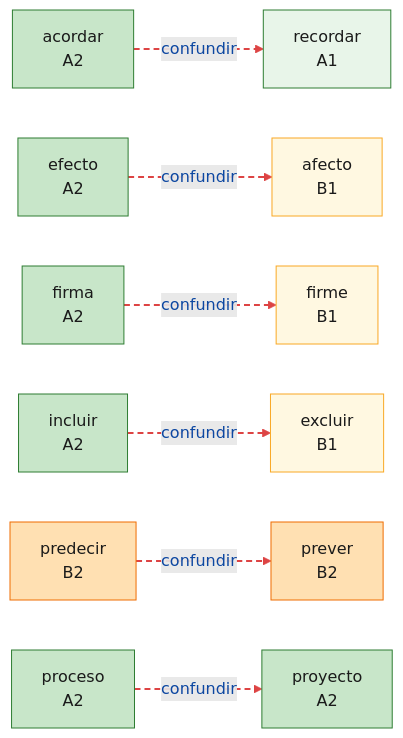
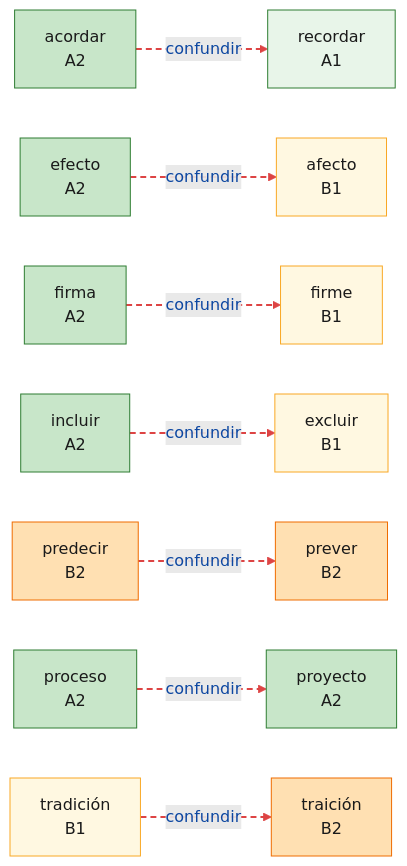
The fifth of 6 diagrams in mindmaps/associate_graph.md (auding1900/es-raiz-vocab), drawn with Mermaid before and after one commit. The commit also changed other lines of this file and 3 other files, not shown here.

First line of the commit message:
fix(scripts): 联想图分桶后仍超限时按关系条数切片

````diff
--- a/mindmaps/associate_graph.md
+++ b/mindmaps/associate_graph.md
@@ -227,47 +271,53 @@
 ```mermaid
 graph LR
   W_acordar["acordar<br/>A2"]:::lvlA2
   W_afecto["afecto<br/>B1"]:::lvlB1
   W_efecto["efecto<br/>A2"]:::lvlA2
   W_excluir["excluir<br/>B1"]:::lvlB1
   W_firma["firma<br/>A2"]:::lvlA2
   W_firme["firme<br/>B1"]:::lvlB1
   W_incluir["incluir<br/>A2"]:::lvlA2
   W_predecir["predecir<br/>B2"]:::lvlB2
   W_prever["prever<br/>B2"]:::lvlB2
   W_proceso["proceso<br/>A2"]:::lvlA2
   W_proyecto["proyecto<br/>A2"]:::lvlA2
   W_recordar["recordar<br/>A1"]:::lvlA1
+  W_tradicion["tradición<br/>B1"]:::lvlB1
+  W_traicion["traición<br/>B2"]:::lvlB2
   W_efecto -.->|confundir| W_afecto
   W_predecir -.->|confundir| W_prever
   W_incluir -.->|confundir| W_excluir
   W_acordar -.->|confundir| W_recordar
   W_proceso -.->|confundir| W_proyecto
   W_firma -.->|confundir| W_firme
+  W_tradicion -.->|confundir| W_traicion
   linkStyle 0 stroke:#dd4444,stroke-width:2px,stroke-dasharray:6 4
   linkStyle 1 stroke:#dd4444,stroke-width:2px,stroke-dasharray:6 4
   linkStyle 2 stroke:#dd4444,stroke-width:2px,stroke-dasharray:6 4
   linkStyle 3 stroke:#dd4444,stroke-width:2px,stroke-dasharray:6 4
   linkStyle 4 stroke:#dd4444,stroke-width:2px,stroke-dasharray:6 4
   linkStyle 5 stroke:#dd4444,stroke-width:2px,stroke-dasharray:6 4
+  linkStyle 6 stroke:#dd4444,stroke-width:2px,stroke-dasharray:6 4
   classDef root fill:#bbdefb,stroke:#1565c0,stroke-width:2px,color:#0d47a1
   classDef lvlA1 fill:#e8f5e9,stroke:#2e7d32,color:#1a1a1a
   classDef lvlA2 fill:#c8e6c9,stroke:#2e7d32,color:#1a1a1a
   classDef lvlB1 fill:#fff8e1,stroke:#f9a825,color:#1a1a1a
   classDef lvlB2 fill:#ffe0b2,stroke:#ef6c00,color:#1a1a1a
   classDef lvlC1 fill:#ffccbc,stroke:#d84315,color:#1a1a1a
   classDef lvlC2 fill:#ffcdd2,stroke:#b71c1c,color:#1a1a1a
   classDef lvlNA fill:#f5f5f5,stroke:#9e9e9e,color:#424242
   click W_acordar "https://www.doubao.com/chat?q=%E8%A5%BF%E7%8F%AD%E7%89%99%E8%AF%ADacordar%EF%BC%8C%E8%AF%8D%E6%A0%B9cor%EF%BC%8C%E8%A7%A3%E9%87%8A%E8%AF%8D%E4%B9%89%E3%80%81DELE%E7%AD%89%E7%BA%A7%E3%80%81%E8%AF%AD%E4%BD%93%E3%80%81%E5%B8%B8%E7%94%A8%E6%90%AD%E9%85%8D%E3%80%81%E8%BF%91%E4%B9%89%E8%AF%8D%E8%BE%A8%E6%9E%90%EF%BC%8C%E5%B9%B6%E4%B8%94%E7%BB%992%E6%9D%A1%E6%9D%A5%E8%87%AA%E5%85%AC%E7%89%88%E8%A5%BF%E8%AF%AD%E6%96%87%E6%9C%AC%EF%BC%88Wikisource%2F%E5%8F%A4%E7%99%BB%E5%A0%A1%EF%BC%89%E7%9A%84%E8%87%AA%E7%84%B6%E4%BE%8B%E5%8F%A5%EF%BC%8C%E4%BE%8B%E5%8F%A5%E4%BC%98%E5%85%88%E9%80%89%E7%94%A8%E7%8E%B0%E4%BB%A3%E6%A0%87%E5%87%86%E8%A5%BF%E7%8F%AD%E7%89%99%E8%AF%AD%EF%BC%8C%E5%8F%A4%E4%BD%93%E4%BE%8B%E5%8F%A5%E6%A0%87%E6%B3%A8%E3%80%90arca%C3%ADsmo%E3%80%91" "豆包查询：acordar" _blank
   click W_afecto "https://www.doubao.com/chat?q=%E8%A5%BF%E7%8F%AD%E7%89%99%E8%AF%ADafecto%EF%BC%8C%E8%AF%8D%E6%A0%B9fac%EF%BC%8C%E8%A7%A3%E9%87%8A%E8%AF%8D%E4%B9%89%E3%80%81DELE%E7%AD%89%E7%BA%A7%E3%80%81%E8%AF%AD%E4%BD%93%E3%80%81%E5%B8%B8%E7%94%A8%E6%90%AD%E9%85%8D%E3%80%81%E8%BF%91%E4%B9%89%E8%AF%8D%E8%BE%A8%E6%9E%90%EF%BC%8C%E5%B9%B6%E4%B8%94%E7%BB%992%E6%9D%A1%E6%9D%A5%E8%87%AA%E5%85%AC%E7%89%88%E8%A5%BF%E8%AF%AD%E6%96%87%E6%9C%AC%EF%BC%88Wikisource%2F%E5%8F%A4%E7%99%BB%E5%A0%A1%EF%BC%89%E7%9A%84%E8%87%AA%E7%84%B6%E4%BE%8B%E5%8F%A5%EF%BC%8C%E4%BE%8B%E5%8F%A5%E4%BC%98%E5%85%88%E9%80%89%E7%94%A8%E7%8E%B0%E4%BB%A3%E6%A0%87%E5%87%86%E8%A5%BF%E7%8F%AD%E7%89%99%E8%AF%AD%EF%BC%8C%E5%8F%A4%E4%BD%93%E4%BE%8B%E5%8F%A5%E6%A0%87%E6%B3%A8%E3%80%90arca%C3%ADsmo%E3%80%91" "豆包查询：afecto" _blank
   click W_efecto "https://www.doubao.com/chat?q=%E8%A5%BF%E7%8F%AD%E7%89%99%E8%AF%ADefecto%EF%BC%8C%E8%AF%8D%E6%A0%B9fac%EF%BC%8C%E8%A7%A3%E9%87%8A%E8%AF%8D%E4%B9%89%E3%80%81DELE%E7%AD%89%E7%BA%A7%E3%80%81%E8%AF%AD%E4%BD%93%E3%80%81%E5%B8%B8%E7%94%A8%E6%90%AD%E9%85%8D%E3%80%81%E8%BF%91%E4%B9%89%E8%AF%8D%E8%BE%A8%E6%9E%90%EF%BC%8C%E5%B9%B6%E4%B8%94%E7%BB%992%E6%9D%A1%E6%9D%A5%E8%87%AA%E5%85%AC%E7%89%88%E8%A5%BF%E8%AF%AD%E6%96%87%E6%9C%AC%EF%BC%88Wikisource%2F%E5%8F%A4%E7%99%BB%E5%A0%A1%EF%BC%89%E7%9A%84%E8%87%AA%E7%84%B6%E4%BE%8B%E5%8F%A5%EF%BC%8C%E4%BE%8B%E5%8F%A5%E4%BC%98%E5%85%88%E9%80%89%E7%94%A8%E7%8E%B0%E4%BB%A3%E6%A0%87%E5%87%86%E8%A5%BF%E7%8F%AD%E7%89%99%E8%AF%AD%EF%BC%8C%E5%8F%A4%E4%BD%93%E4%BE%8B%E5%8F%A5%E6%A0%87%E6%B3%A8%E3%80%90arca%C3%ADsmo%E3%80%91" "豆包查询：efecto" _blank
   click W_excluir "https://www.doubao.com/chat?q=%E8%A5%BF%E7%8F%AD%E7%89%99%E8%AF%ADexcluir%EF%BC%8C%E8%AF%8D%E6%A0%B9clus%EF%BC%8C%E8%A7%A3%E9%87%8A%E8%AF%8D%E4%B9%89%E3%80%81DELE%E7%AD%89%E7%BA%A7%E3%80%81%E8%AF%AD%E4%BD%93%E3%80%81%E5%B8%B8%E7%94%A8%E6%90%AD%E9%85%8D%E3%80%81%E8%BF%91%E4%B9%89%E8%AF%8D%E8%BE%A8%E6%9E%90%EF%BC%8C%E5%B9%B6%E4%B8%94%E7%BB%992%E6%9D%A1%E6%9D%A5%E8%87%AA%E5%85%AC%E7%89%88%E8%A5%BF%E8%AF%AD%E6%96%87%E6%9C%AC%EF%BC%88Wikisource%2F%E5%8F%A4%E7%99%BB%E5%A0%A1%EF%BC%89%E7%9A%84%E8%87%AA%E7%84%B6%E4%BE%8B%E5%8F%A5%EF%BC%8C%E4%BE%8B%E5%8F%A5%E4%BC%98%E5%85%88%E9%80%89%E7%94%A8%E7%8E%B0%E4%BB%A3%E6%A0%87%E5%87%86%E8%A5%BF%E7%8F%AD%E7%89%99%E8%AF%AD%EF%BC%8C%E5%8F%A4%E4%BD%93%E4%BE%8B%E5%8F%A5%E6%A0%87%E6%B3%A8%E3%80%90arca%C3%ADsmo%E3%80%91" "豆包查询：excluir" _blank
   click W_firma "https://www.doubao.com/chat?q=%E8%A5%BF%E7%8F%AD%E7%89%99%E8%AF%ADfirma%EF%BC%8C%E8%AF%8D%E6%A0%B9firm%EF%BC%8C%E8%A7%A3%E9%87%8A%E8%AF%8D%E4%B9%89%E3%80%81DELE%E7%AD%89%E7%BA%A7%E3%80%81%E8%AF%AD%E4%BD%93%E3%80%81%E5%B8%B8%E7%94%A8%E6%90%AD%E9%85%8D%E3%80%81%E8%BF%91%E4%B9%89%E8%AF%8D%E8%BE%A8%E6%9E%90%EF%BC%8C%E5%B9%B6%E4%B8%94%E7%BB%992%E6%9D%A1%E6%9D%A5%E8%87%AA%E5%85%AC%E7%89%88%E8%A5%BF%E8%AF%AD%E6%96%87%E6%9C%AC%EF%BC%88Wikisource%2F%E5%8F%A4%E7%99%BB%E5%A0%A1%EF%BC%89%E7%9A%84%E8%87%AA%E7%84%B6%E4%BE%8B%E5%8F%A5%EF%BC%8C%E4%BE%8B%E5%8F%A5%E4%BC%98%E5%85%88%E9%80%89%E7%94%A8%E7%8E%B0%E4%BB%A3%E6%A0%87%E5%87%86%E8%A5%BF%E7%8F%AD%E7%89%99%E8%AF%AD%EF%BC%8C%E5%8F%A4%E4%BD%93%E4%BE%8B%E5%8F%A5%E6%A0%87%E6%B3%A8%E3%80%90arca%C3%ADsmo%E3%80%91" "豆包查询：firma" _blank
   click W_firme "https://www.doubao.com/chat?q=%E8%A5%BF%E7%8F%AD%E7%89%99%E8%AF%ADfirme%EF%BC%8C%E8%AF%8D%E6%A0%B9firm%EF%BC%8C%E8%A7%A3%E9%87%8A%E8%AF%8D%E4%B9%89%E3%80%81DELE%E7%AD%89%E7%BA%A7%E3%80%81%E8%AF%AD%E4%BD%93%E3%80%81%E5%B8%B8%E7%94%A8%E6%90%AD%E9%85%8D%E3%80%81%E8%BF%91%E4%B9%89%E8%AF%8D%E8%BE%A8%E6%9E%90%EF%BC%8C%E5%B9%B6%E4%B8%94%E7%BB%992%E6%9D%A1%E6%9D%A5%E8%87%AA%E5%85%AC%E7%89%88%E8%A5%BF%E8%AF%AD%E6%96%87%E6%9C%AC%EF%BC%88Wikisource%2F%E5%8F%A4%E7%99%BB%E5%A0%A1%EF%BC%89%E7%9A%84%E8%87%AA%E7%84%B6%E4%BE%8B%E5%8F%A5%EF%BC%8C%E4%BE%8B%E5%8F%A5%E4%BC%98%E5%85%88%E9%80%89%E7%94%A8%E7%8E%B0%E4%BB%A3%E6%A0%87%E5%87%86%E8%A5%BF%E7%8F%AD%E7%89%99%E8%AF%AD%EF%BC%8C%E5%8F%A4%E4%BD%93%E4%BE%8B%E5%8F%A5%E6%A0%87%E6%B3%A8%E3%80%90arca%C3%ADsmo%E3%80%91" "豆包查询：firme" _blank
   click W_incluir "https://www.doubao.com/chat?q=%E8%A5%BF%E7%8F%AD%E7%89%99%E8%AF%ADincluir%EF%BC%8C%E8%AF%8D%E6%A0%B9clus%EF%BC%8C%E8%A7%A3%E9%87%8A%E8%AF%8D%E4%B9%89%E3%80%81DELE%E7%AD%89%E7%BA%A7%E3%80%81%E8%AF%AD%E4%BD%93%E3%80%81%E5%B8%B8%E7%94%A8%E6%90%AD%E9%85%8D%E3%80%81%E8%BF%91%E4%B9%89%E8%AF%8D%E8%BE%A8%E6%9E%90%EF%BC%8C%E5%B9%B6%E4%B8%94%E7%BB%992%E6%9D%A1%E6%9D%A5%E8%87%AA%E5%85%AC%E7%89%88%E8%A5%BF%E8%AF%AD%E6%96%87%E6%9C%AC%EF%BC%88Wikisource%2F%E5%8F%A4%E7%99%BB%E5%A0%A1%EF%BC%89%E7%9A%84%E8%87%AA%E7%84%B6%E4%BE%8B%E5%8F%A5%EF%BC%8C%E4%BE%8B%E5%8F%A5%E4%BC%98%E5%85%88%E9%80%89%E7%94%A8%E7%8E%B0%E4%BB%A3%E6%A0%87%E5%87%86%E8%A5%BF%E7%8F%AD%E7%89%99%E8%AF%AD%EF%BC%8C%E5%8F%A4%E4%BD%93%E4%BE%8B%E5%8F%A5%E6%A0%87%E6%B3%A8%E3%80%90arca%C3%ADsmo%E3%80%91" "豆包查询：incluir" _blank
   click W_predecir "https://www.doubao.com/chat?q=%E8%A5%BF%E7%8F%AD%E7%89%99%E8%AF%ADpredecir%EF%BC%8C%E8%AF%8D%E6%A0%B9dic%EF%BC%8C%E8%A7%A3%E9%87%8A%E8%AF%8D%E4%B9%89%E3%80%81DELE%E7%AD%89%E7%BA%A7%E3%80%81%E8%AF%AD%E4%BD%93%E3%80%81%E5%B8%B8%E7%94%A8%E6%90%AD%E9%85%8D%E3%80%81%E8%BF%91%E4%B9%89%E8%AF%8D%E8%BE%A8%E6%9E%90%EF%BC%8C%E5%B9%B6%E4%B8%94%E7%BB%992%E6%9D%A1%E6%9D%A5%E8%87%AA%E5%85%AC%E7%89%88%E8%A5%BF%E8%AF%AD%E6%96%87%E6%9C%AC%EF%BC%88Wikisource%2F%E5%8F%A4%E7%99%BB%E5%A0%A1%EF%BC%89%E7%9A%84%E8%87%AA%E7%84%B6%E4%BE%8B%E5%8F%A5%EF%BC%8C%E4%BE%8B%E5%8F%A5%E4%BC%98%E5%85%88%E9%80%89%E7%94%A8%E7%8E%B0%E4%BB%A3%E6%A0%87%E5%87%86%E8%A5%BF%E7%8F%AD%E7%89%99%E8%AF%AD%EF%BC%8C%E5%8F%A4%E4%BD%93%E4%BE%8B%E5%8F%A5%E6%A0%87%E6%B3%A8%E3%80%90arca%C3%ADsmo%E3%80%91" "豆包查询：predecir" _blank
   click W_prever "https://www.doubao.com/chat?q=%E8%A5%BF%E7%8F%AD%E7%89%99%E8%AF%ADprever%EF%BC%8C%E8%AF%8D%E6%A0%B9vid%EF%BC%8C%E8%A7%A3%E9%87%8A%E8%AF%8D%E4%B9%89%E3%80%81DELE%E7%AD%89%E7%BA%A7%E3%80%81%E8%AF%AD%E4%BD%93%E3%80%81%E5%B8%B8%E7%94%A8%E6%90%AD%E9%85%8D%E3%80%81%E8%BF%91%E4%B9%89%E8%AF%8D%E8%BE%A8%E6%9E%90%EF%BC%8C%E5%B9%B6%E4%B8%94%E7%BB%992%E6%9D%A1%E6%9D%A5%E8%87%AA%E5%85%AC%E7%89%88%E8%A5%BF%E8%AF%AD%E6%96%87%E6%9C%AC%EF%BC%88Wikisource%2F%E5%8F%A4%E7%99%BB%E5%A0%A1%EF%BC%89%E7%9A%84%E8%87%AA%E7%84%B6%E4%BE%8B%E5%8F%A5%EF%BC%8C%E4%BE%8B%E5%8F%A5%E4%BC%98%E5%85%88%E9%80%89%E7%94%A8%E7%8E%B0%E4%BB%A3%E6%A0%87%E5%87%86%E8%A5%BF%E7%8F%AD%E7%89%99%E8%AF%AD%EF%BC%8C%E5%8F%A4%E4%BD%93%E4%BE%8B%E5%8F%A5%E6%A0%87%E6%B3%A8%E3%80%90arca%C3%ADsmo%E3%80%91" "豆包查询：prever" _blank
   click W_proceso "https://www.doubao.com/chat?q=%E8%A5%BF%E7%8F%AD%E7%89%99%E8%AF%ADproceso%EF%BC%8C%E8%AF%8D%E6%A0%B9ced%EF%BC%8C%E8%A7%A3%E9%87%8A%E8%AF%8D%E4%B9%89%E3%80%81DELE%E7%AD%89%E7%BA%A7%E3%80%81%E8%AF%AD%E4%BD%93%E3%80%81%E5%B8%B8%E7%94%A8%E6%90%AD%E9%85%8D%E3%80%81%E8%BF%91%E4%B9%89%E8%AF%8D%E8%BE%A8%E6%9E%90%EF%BC%8C%E5%B9%B6%E4%B8%94%E7%BB%992%E6%9D%A1%E6%9D%A5%E8%87%AA%E5%85%AC%E7%89%88%E8%A5%BF%E8%AF%AD%E6%96%87%E6%9C%AC%EF%BC%88Wikisource%2F%E5%8F%A4%E7%99%BB%E5%A0%A1%EF%BC%89%E7%9A%84%E8%87%AA%E7%84%B6%E4%BE%8B%E5%8F%A5%EF%BC%8C%E4%BE%8B%E5%8F%A5%E4%BC%98%E5%85%88%E9%80%89%E7%94%A8%E7%8E%B0%E4%BB%A3%E6%A0%87%E5%87%86%E8%A5%BF%E7%8F%AD%E7%89%99%E8%AF%AD%EF%BC%8C%E5%8F%A4%E4%BD%93%E4%BE%8B%E5%8F%A5%E6%A0%87%E6%B3%A8%E3%80%90arca%C3%ADsmo%E3%80%91" "豆包查询：proceso" _blank
   click W_proyecto "https://www.doubao.com/chat?q=%E8%A5%BF%E7%8F%AD%E7%89%99%E8%AF%ADproyecto%EF%BC%8C%E8%AF%8D%E6%A0%B9jac%EF%BC%8C%E8%A7%A3%E9%87%8A%E8%AF%8D%E4%B9%89%E3%80%81DELE%E7%AD%89%E7%BA%A7%E3%80%81%E8%AF%AD%E4%BD%93%E3%80%81%E5%B8%B8%E7%94%A8%E6%90%AD%E9%85%8D%E3%80%81%E8%BF%91%E4%B9%89%E8%AF%8D%E8%BE%A8%E6%9E%90%EF%BC%8C%E5%B9%B6%E4%B8%94%E7%BB%992%E6%9D%A1%E6%9D%A5%E8%87%AA%E5%85%AC%E7%89%88%E8%A5%BF%E8%AF%AD%E6%96%87%E6%9C%AC%EF%BC%88Wikisource%2F%E5%8F%A4%E7%99%BB%E5%A0%A1%EF%BC%89%E7%9A%84%E8%87%AA%E7%84%B6%E4%BE%8B%E5%8F%A5%EF%BC%8C%E4%BE%8B%E5%8F%A5%E4%BC%98%E5%85%88%E9%80%89%E7%94%A8%E7%8E%B0%E4%BB%A3%E6%A0%87%E5%87%86%E8%A5%BF%E7%8F%AD%E7%89%99%E8%AF%AD%EF%BC%8C%E5%8F%A4%E4%BD%93%E4%BE%8B%E5%8F%A5%E6%A0%87%E6%B3%A8%E3%80%90arca%C3%ADsmo%E3%80%91" "豆包查询：proyecto" _blank
   click W_recordar "https://www.doubao.com/chat?q=%E8%A5%BF%E7%8F%AD%E7%89%99%E8%AF%ADrecordar%EF%BC%8C%E8%AF%8D%E6%A0%B9cor%EF%BC%8C%E8%A7%A3%E9%87%8A%E8%AF%8D%E4%B9%89%E3%80%81DELE%E7%AD%89%E7%BA%A7%E3%80%81%E8%AF%AD%E4%BD%93%E3%80%81%E5%B8%B8%E7%94%A8%E6%90%AD%E9%85%8D%E3%80%81%E8%BF%91%E4%B9%89%E8%AF%8D%E8%BE%A8%E6%9E%90%EF%BC%8C%E5%B9%B6%E4%B8%94%E7%BB%992%E6%9D%A1%E6%9D%A5%E8%87%AA%E5%85%AC%E7%89%88%E8%A5%BF%E8%AF%AD%E6%96%87%E6%9C%AC%EF%BC%88Wikisource%2F%E5%8F%A4%E7%99%BB%E5%A0%A1%EF%BC%89%E7%9A%84%E8%87%AA%E7%84%B6%E4%BE%8B%E5%8F%A5%EF%BC%8C%E4%BE%8B%E5%8F%A5%E4%BC%98%E5%85%88%E9%80%89%E7%94%A8%E7%8E%B0%E4%BB%A3%E6%A0%87%E5%87%86%E8%A5%BF%E7%8F%AD%E7%89%99%E8%AF%AD%EF%BC%8C%E5%8F%A4%E4%BD%93%E4%BE%8B%E5%8F%A5%E6%A0%87%E6%B3%A8%E3%80%90arca%C3%ADsmo%E3%80%91" "豆包查询：recordar" _blank
+  click W_tradicion "https://www.doubao.com/chat?q=%E8%A5%BF%E7%8F%AD%E7%89%99%E8%AF%ADtradici%C3%B3n%EF%BC%8C%E8%AF%8D%E6%A0%B9dare%EF%BC%8C%E8%A7%A3%E9%87%8A%E8%AF%8D%E4%B9%89%E3%80%81DELE%E7%AD%89%E7%BA%A7%E3%80%81%E8%AF%AD%E4%BD%93%E3%80%81%E5%B8%B8%E7%94%A8%E6%90%AD%E9%85%8D%E3%80%81%E8%BF%91%E4%B9%89%E8%AF%8D%E8%BE%A8%E6%9E%90%EF%BC%8C%E5%B9%B6%E4%B8%94%E7%BB%992%E6%9D%A1%E6%9D%A5%E8%87%AA%E5%85%AC%E7%89%88%E8%A5%BF%E8%AF%AD%E6%96%87%E6%9C%AC%EF%BC%88Wikisource%2F%E5%8F%A4%E7%99%BB%E5%A0%A1%EF%BC%89%E7%9A%84%E8%87%AA%E7%84%B6%E4%BE%8B%E5%8F%A5%EF%BC%8C%E4%BE%8B%E5%8F%A5%E4%BC%98%E5%85%88%E9%80%89%E7%94%A8%E7%8E%B0%E4%BB%A3%E6%A0%87%E5%87%86%E8%A5%BF%E7%8F%AD%E7%89%99%E8%AF%AD%EF%BC%8C%E5%8F%A4%E4%BD%93%E4%BE%8B%E5%8F%A5%E6%A0%87%E6%B3%A8%E3%80%90arca%C3%ADsmo%E3%80%91" "豆包查询：tradición" _blank
+  click W_traicion "https://www.doubao.com/chat?q=%E8%A5%BF%E7%8F%AD%E7%89%99%E8%AF%ADtraici%C3%B3n%EF%BC%8C%E8%AF%8D%E6%A0%B9dare%EF%BC%8C%E8%A7%A3%E9%87%8A%E8%AF%8D%E4%B9%89%E3%80%81DELE%E7%AD%89%E7%BA%A7%E3%80%81%E8%AF%AD%E4%BD%93%E3%80%81%E5%B8%B8%E7%94%A8%E6%90%AD%E9%85%8D%E3%80%81%E8%BF%91%E4%B9%89%E8%AF%8D%E8%BE%A8%E6%9E%90%EF%BC%8C%E5%B9%B6%E4%B8%94%E7%BB%992%E6%9D%A1%E6%9D%A5%E8%87%AA%E5%85%AC%E7%89%88%E8%A5%BF%E8%AF%AD%E6%96%87%E6%9C%AC%EF%BC%88Wikisource%2F%E5%8F%A4%E7%99%BB%E5%A0%A1%EF%BC%89%E7%9A%84%E8%87%AA%E7%84%B6%E4%BE%8B%E5%8F%A5%EF%BC%8C%E4%BE%8B%E5%8F%A5%E4%BC%98%E5%85%88%E9%80%89%E7%94%A8%E7%8E%B0%E4%BB%A3%E6%A0%87%E5%87%86%E8%A5%BF%E7%8F%AD%E7%89%99%E8%AF%AD%EF%BC%8C%E5%8F%A4%E4%BD%93%E4%BE%8B%E5%8F%A5%E6%A0%87%E6%B3%A8%E3%80%90arca%C3%ADsmo%E3%80%91" "豆包查询：traición" _blank
 ```
````
